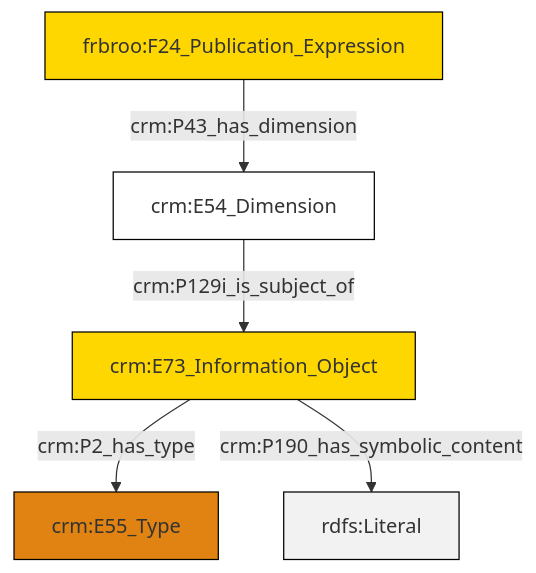
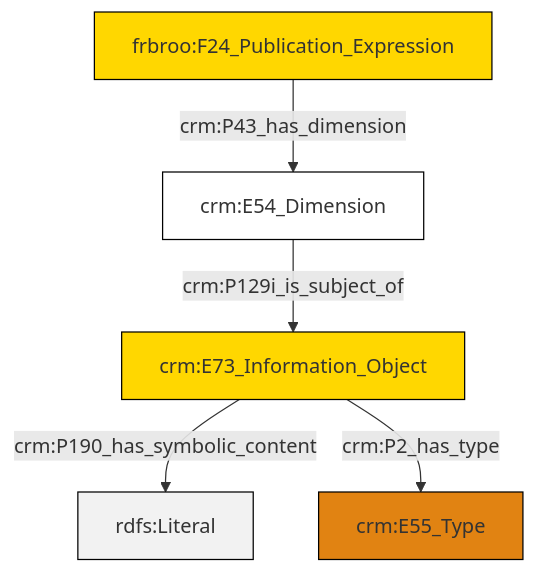
The diagram in et/biblioCSV/ttl/mmd/biblio_substance.ttl.mmd (swiss-art-research-net/reference-data-models), drawn with Mermaid before and after one commit. The commit also changed 130 other files, not shown here.

```diff
--- a/et/biblioCSV/ttl/mmd/biblio_substance.ttl.mmd
+++ b/et/biblioCSV/ttl/mmd/biblio_substance.ttl.mmd
@@ -1,19 +1,19 @@
 graph TD
 classDef Literal fill:#f2f2f2,stroke:#000000;
 classDef CRM_Entity fill:#FFFFFF,stroke:#000000;
 classDef Temporal_Entity fill:#00C9E6, stroke:#000000;
 classDef Type fill:#E18312, stroke:#000000;
 classDef Time-Span fill:#2C9C91, stroke:#000000;
 classDef Appellation fill:#FFEB7F, stroke:#000000;
 classDef Place fill:#008836, stroke:#000000;
 classDef Persistent_Item fill:#B266B2, stroke:#000000;
 classDef Conceptual_Object fill:#FFD700, stroke:#000000;
 classDef Physical_Thing fill:#D2B48C, stroke:#000000;
 classDef Actor fill:#f58aad, stroke:#000000;
 classDef PC_Classes fill:#4ce600, stroke:#000000;
 classDef Multi fill:#cccccc,stroke:#000000;
 
-4["crm:E54_Dimension"]:::CRM_Entity -->|crm:P129i_is_subject_of| 2["crm:E73_Information_Object"]:::Conceptual_Object
-0["frbroo:F24_Publication_Expression"]:::Conceptual_Object -->|crm:P43_has_dimension| 4["crm:E54_Dimension"]:::CRM_Entity
-2["crm:E73_Information_Object"]:::Conceptual_Object -->|crm:P2_has_type| 6["crm:E55_Type"]:::Type
-2["crm:E73_Information_Object"]:::Conceptual_Object -->|crm:P190_has_symbolic_content| 7[rdfs:Literal]:::Literal
+4["frbroo:F24_Publication_Expression"]:::Conceptual_Object -->|crm:P43_has_dimension| 2["crm:E54_Dimension"]:::CRM_Entity
+2["crm:E54_Dimension"]:::CRM_Entity -->|crm:P129i_is_subject_of| 5["crm:E73_Information_Object"]:::Conceptual_Object
+5["crm:E73_Information_Object"]:::Conceptual_Object -->|crm:P190_has_symbolic_content| 6[rdfs:Literal]:::Literal
+5["crm:E73_Information_Object"]:::Conceptual_Object -->|crm:P2_has_type| 0["crm:E55_Type"]:::Type
```
